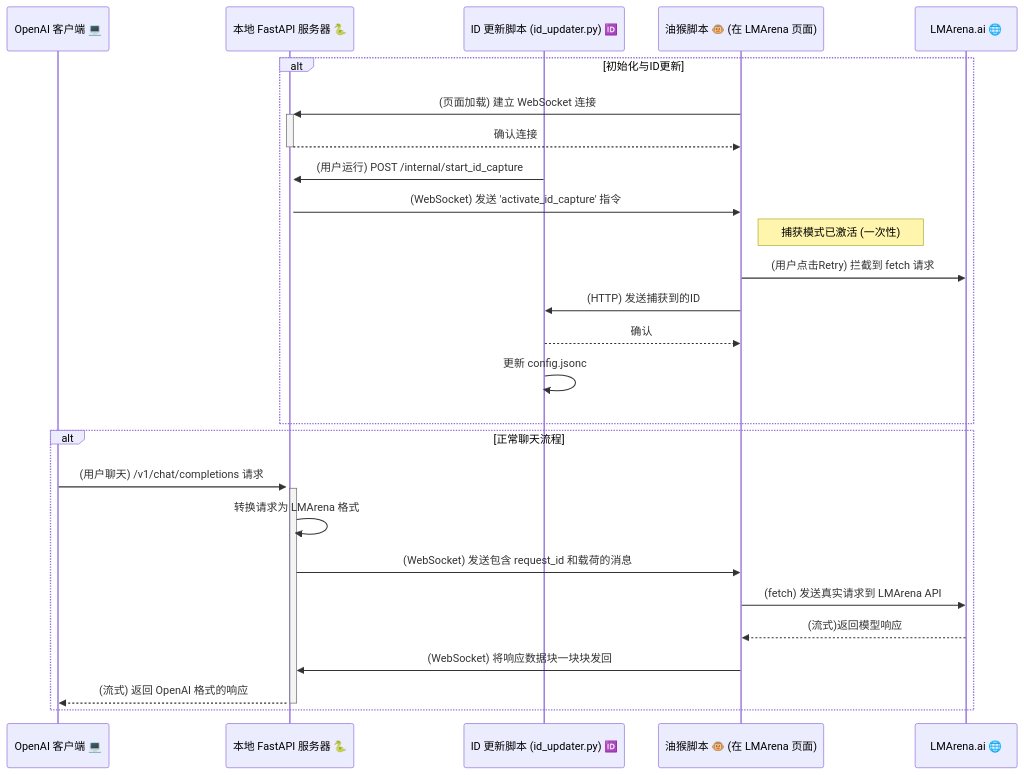
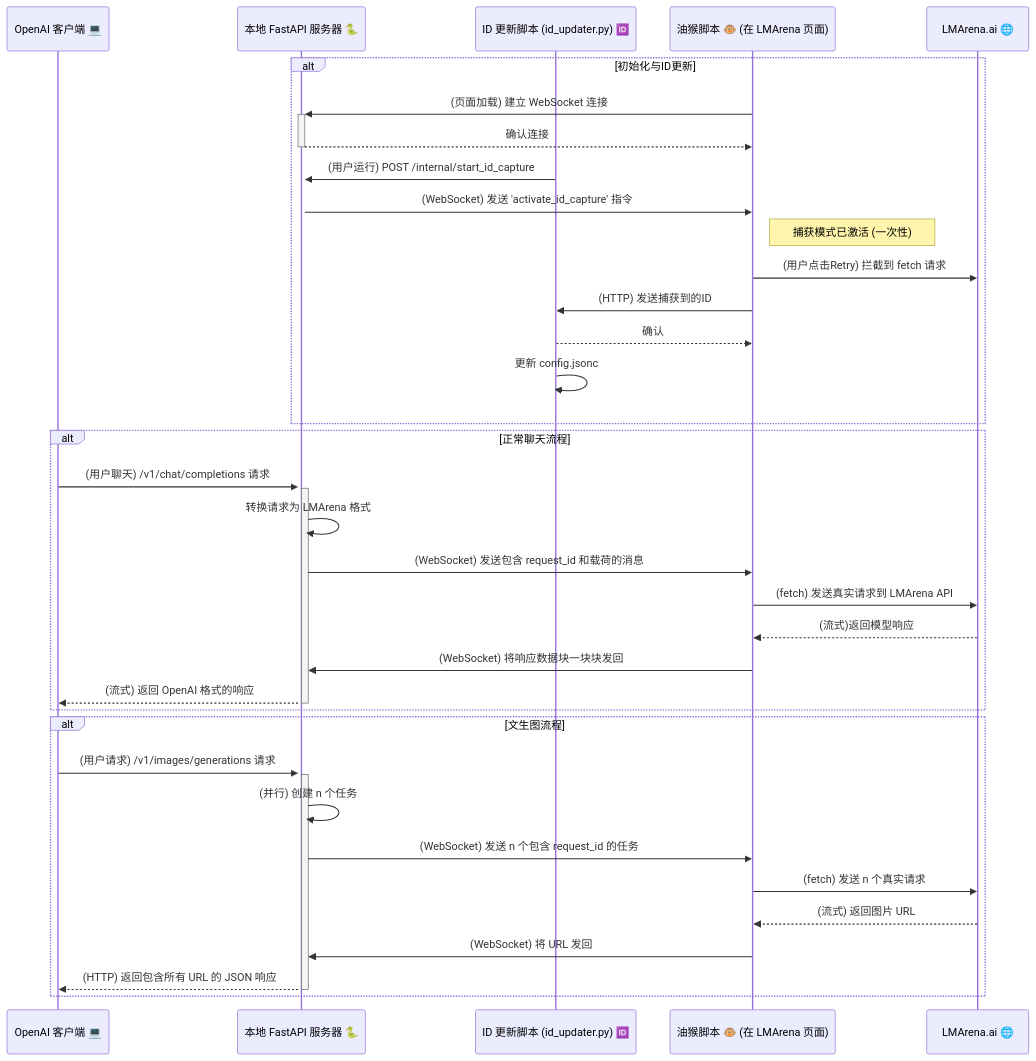
One commit to sergss/LMArenaBridge changed the diagram in README.md. Above: the diagram before and after it, drawn with Mermaid. The commit also changed other lines of this file and 5 other files, not shown here.

Commit message:
添加文生图功能，现在允许返回url形式的图片，使用openai格式，方法一样

````diff
--- a/README.md
+++ b/README.md
@@ -94,30 +95,40 @@
 ```mermaid
 sequenceDiagram
     participant C as OpenAI 客户端 💻
     participant S as 本地 FastAPI 服务器 🐍
     participant U as ID 更新脚本 (id_updater.py) 🆔
     participant T as 油猴脚本 🐵 (在 LMArena 页面)
     participant L as LMArena.ai 🌐
 
     alt 初始化与ID更新
         T->>+S: (页面加载) 建立 WebSocket 连接
         S-->>-T: 确认连接
         U->>+S: (用户运行) POST /internal/start_id_capture
         S->>T: (WebSocket) 发送 'activate_id_capture' 指令
         Note right of T: 捕获模式已激活 (一次性)
         T->>L: (用户点击Retry) 拦截到 fetch 请求
         T->>U: (HTTP) 发送捕获到的ID
         U-->>T: 确认
         U->>U: 更新 config.jsonc
     end
 
     alt 正常聊天流程
         C->>+S: (用户聊天) /v1/chat/completions 请求
         S->>S: 转换请求为 LMArena 格式
         S->>T: (WebSocket) 发送包含 request_id 和载荷的消息
         T->>L: (fetch) 发送真实请求到 LMArena API
         L-->>T: (流式)返回模型响应
         T->>S: (WebSocket) 将响应数据块一块块发回
         S-->>-C: (流式) 返回 OpenAI 格式的响应
     end
+
+    alt 文生图流程
+        C->>+S: (用户请求) /v1/images/generations 请求
+        S->>S: (并行) 创建 n 个任务
+        S->>T: (WebSocket) 发送 n 个包含 request_id 的任务
+        T->>L: (fetch) 发送 n 个真实请求
+        L-->>T: (流式) 返回图片 URL
+        T->>S: (WebSocket) 将 URL 发回
+        S-->>-C: (HTTP) 返回包含所有 URL 的 JSON 响应
+    end
 ```
````
